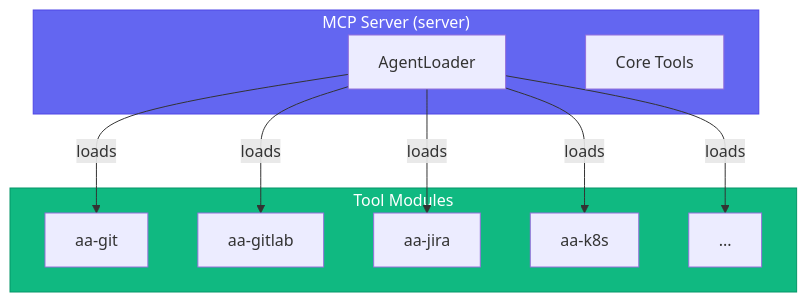
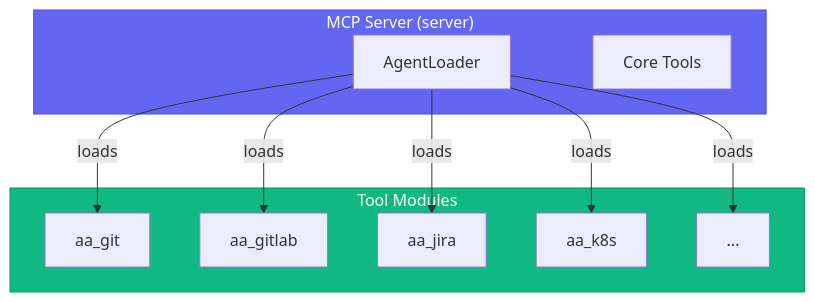
The diagram in docs/tool-modules/README.md (dmzoneill/redhat-ai-workflow), drawn with Mermaid before and after one commit. The commit also changed other lines of this file and 2319 other files, not shown here.

````diff
--- a/docs/tool-modules/README.md
+++ b/docs/tool-modules/README.md
@@ -36,24 +36,24 @@
 ```mermaid
 graph TB
     subgraph MCP["MCP Server (server)"]
         LOADER[AgentLoader]
         CORE[Core Tools]
     end
 
     subgraph MODULES["Tool Modules"]
-        GIT[aa-git]
-        GITLAB[aa-gitlab]
-        JIRA[aa-jira]
-        K8S[aa-k8s]
+        GIT[aa_git]
+        GITLAB[aa_gitlab]
+        JIRA[aa_jira]
+        K8S[aa_k8s]
         MORE[...]
     end
 
     LOADER --> |loads| GIT
     LOADER --> |loads| GITLAB
     LOADER --> |loads| JIRA
     LOADER --> |loads| K8S
     LOADER --> |loads| MORE
 
     style MCP fill:#6366f1,stroke:#4f46e5,color:#fff
     style MODULES fill:#10b981,stroke:#059669,color:#fff
 ```
````
